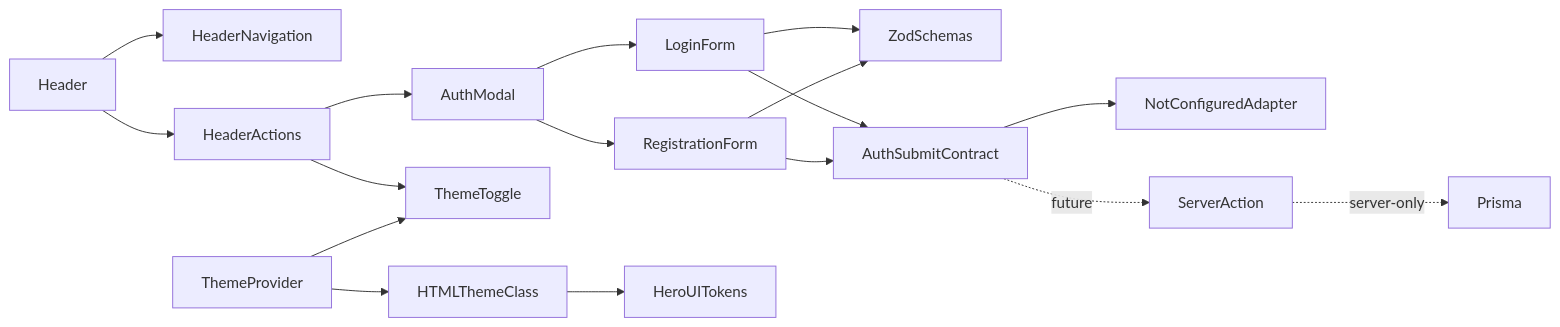
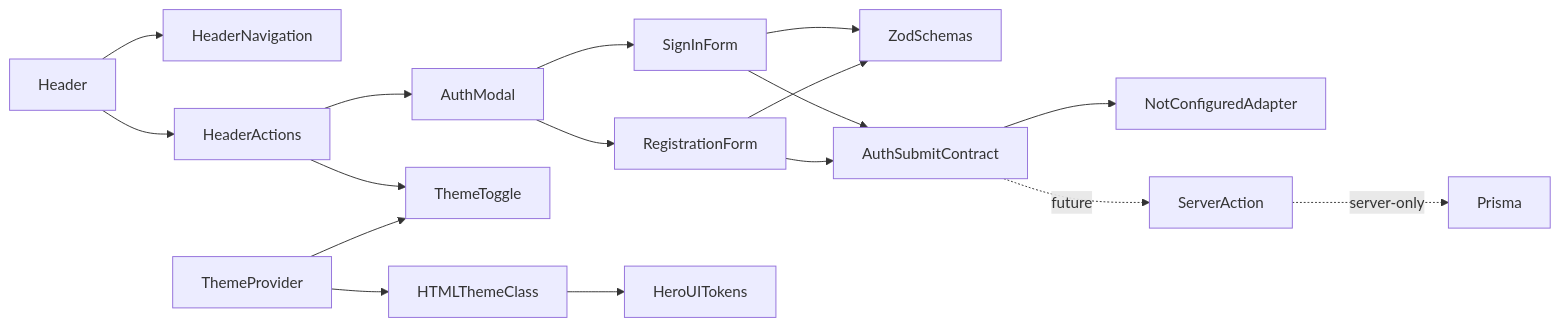
One commit to vgratsilev/cooking-book changed the first of 2 diagrams in docs/plans/2026-07-20-001-refactor-auth-modal-forms-plan.md. Above: the diagram before and after it, drawn with Mermaid. The commit also changed other lines of this file and 16 other files, not shown here.

Commit message:
auth form update

````diff
--- a/docs/plans/2026-07-20-001-refactor-auth-modal-forms-plan.md
+++ b/docs/plans/2026-07-20-001-refactor-auth-modal-forms-plan.md
@@ -91,23 +91,23 @@
 ```mermaid
 flowchart LR
     Header --> HeaderNavigation
     Header --> HeaderActions
     HeaderActions --> AuthModal
     HeaderActions --> ThemeToggle
 
-    AuthModal --> LoginForm
+    AuthModal --> SignInForm
     AuthModal --> RegistrationForm
 
-    LoginForm --> ZodSchemas
+    SignInForm --> ZodSchemas
     RegistrationForm --> ZodSchemas
 
-    LoginForm --> AuthSubmitContract
+    SignInForm --> AuthSubmitContract
     RegistrationForm --> AuthSubmitContract
     AuthSubmitContract --> NotConfiguredAdapter
     AuthSubmitContract -. future .-> ServerAction
     ServerAction -. server-only .-> Prisma
 
     ThemeProvider --> ThemeToggle
     ThemeProvider --> HTMLThemeClass
     HTMLThemeClass --> HeroUITokens
 ```
````
